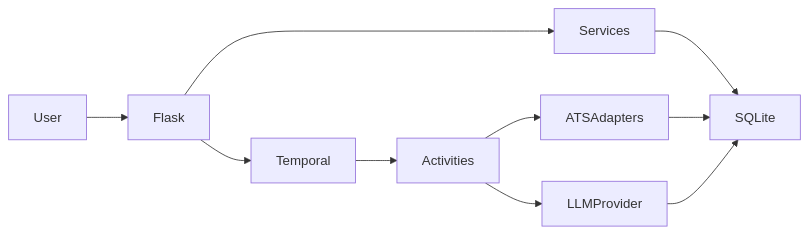
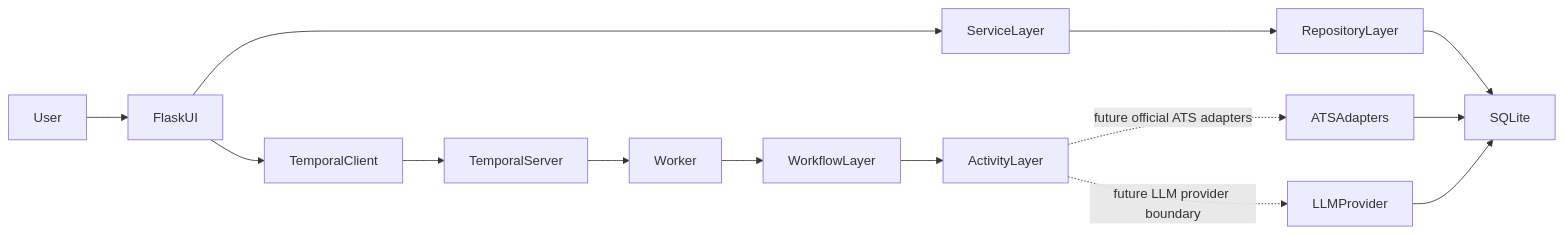
One commit to atxgiant/job-agents changed the diagram in docs/architecture.md. Above: the diagram before and after it, drawn with Mermaid. The commit also changed other lines of this file and 1 other file, not shown here.

````diff
--- a/docs/architecture.md
+++ b/docs/architecture.md
@@ -7,12 +7,16 @@
 ```mermaid
 flowchart LR
-  User --> Flask
-  Flask --> Services
-  Services --> SQLite
-  Flask --> Temporal
-  Temporal --> Activities
-  Activities --> ATSAdapters
-  Activities --> LLMProvider
+  User --> FlaskUI
+  FlaskUI --> ServiceLayer
+  ServiceLayer --> RepositoryLayer
+  RepositoryLayer --> SQLite
+  FlaskUI --> TemporalClient
+  TemporalClient --> TemporalServer
+  TemporalServer --> Worker
+  Worker --> WorkflowLayer
+  WorkflowLayer --> ActivityLayer
+  ActivityLayer -. future official ATS adapters .-> ATSAdapters
+  ActivityLayer -. future LLM provider boundary .-> LLMProvider
   ATSAdapters --> SQLite
   LLMProvider --> SQLite
 ```
````
